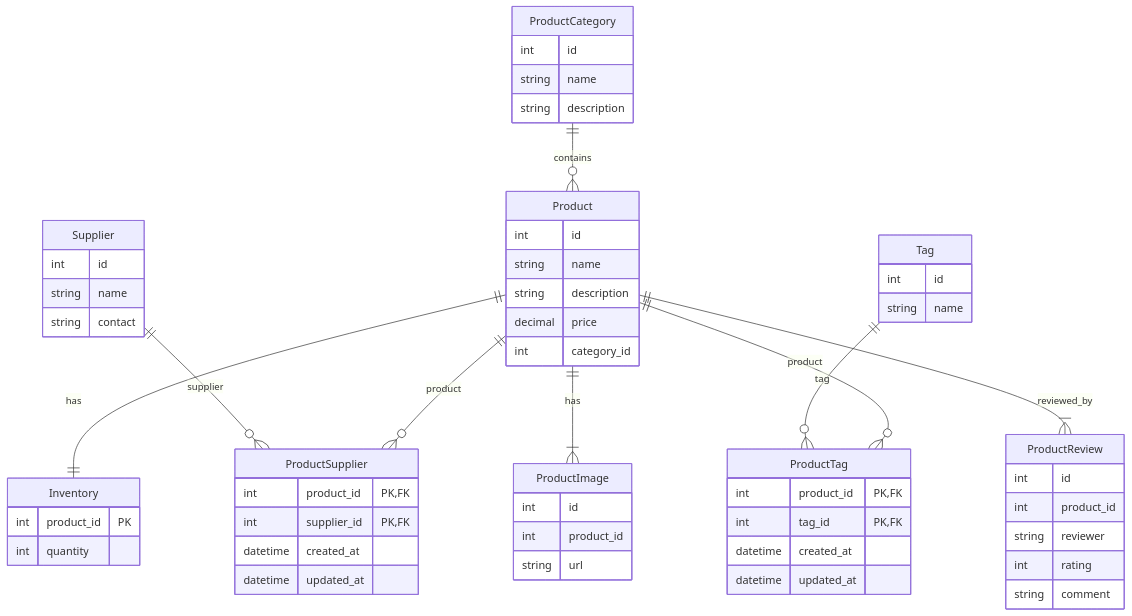
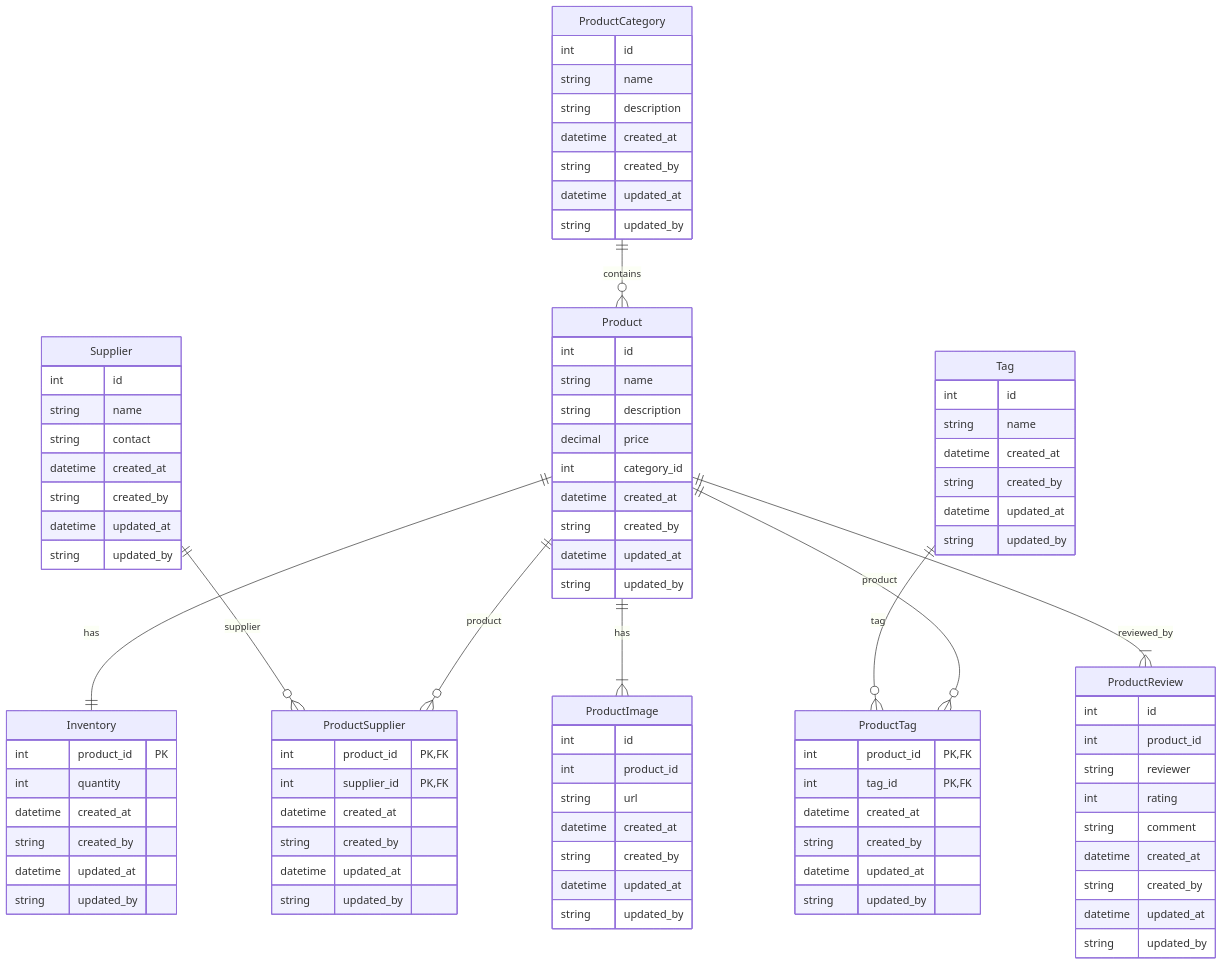
Before and after one commit to amitrupanwar/spring-boot-rest-jpa-aop-logging: the diagram in README.md, drawn with Mermaid. The commit also changed other lines of this file and 10 other files, not shown here.

````diff
--- a/README.md
+++ b/README.md
@@ -71,6 +72,10 @@
     int id
     string name
     string description
+    datetime created_at
+    string created_by
+    datetime updated_at
+    string updated_by
   }
   Product {
     int id
@@ -78,36 +83,60 @@
     string description
     decimal price
     int category_id
+    datetime created_at
+    string created_by
+    datetime updated_at
+    string updated_by
   }
   Inventory {
     int product_id PK
     int quantity
+    datetime created_at
+    string created_by
+    datetime updated_at
+    string updated_by
   }
   ProductSupplier {
     int product_id PK, FK
     int supplier_id PK, FK
     datetime created_at
+    string created_by
     datetime updated_at
+    string updated_by
   }
   Supplier {
     int id
     string name
     string contact
+    datetime created_at
+    string created_by
+    datetime updated_at
+    string updated_by
   }
   ProductTag {
     int product_id PK, FK
     int tag_id PK, FK
     datetime created_at
+    string created_by
     datetime updated_at
+    string updated_by
   }
   Tag {
     int id
     string name
+    datetime created_at
+    string created_by
+    datetime updated_at
+    string updated_by
   }
   ProductImage {
     int id
     int product_id
     string url
+    datetime created_at
+    string created_by
+    datetime updated_at
+    string updated_by
   }
   ProductReview {
     int id
@@ -115,5 +144,9 @@
     string reviewer
     int rating
     string comment
+    datetime created_at
+    string created_by
+    datetime updated_at
+    string updated_by
   }
 ```
````
